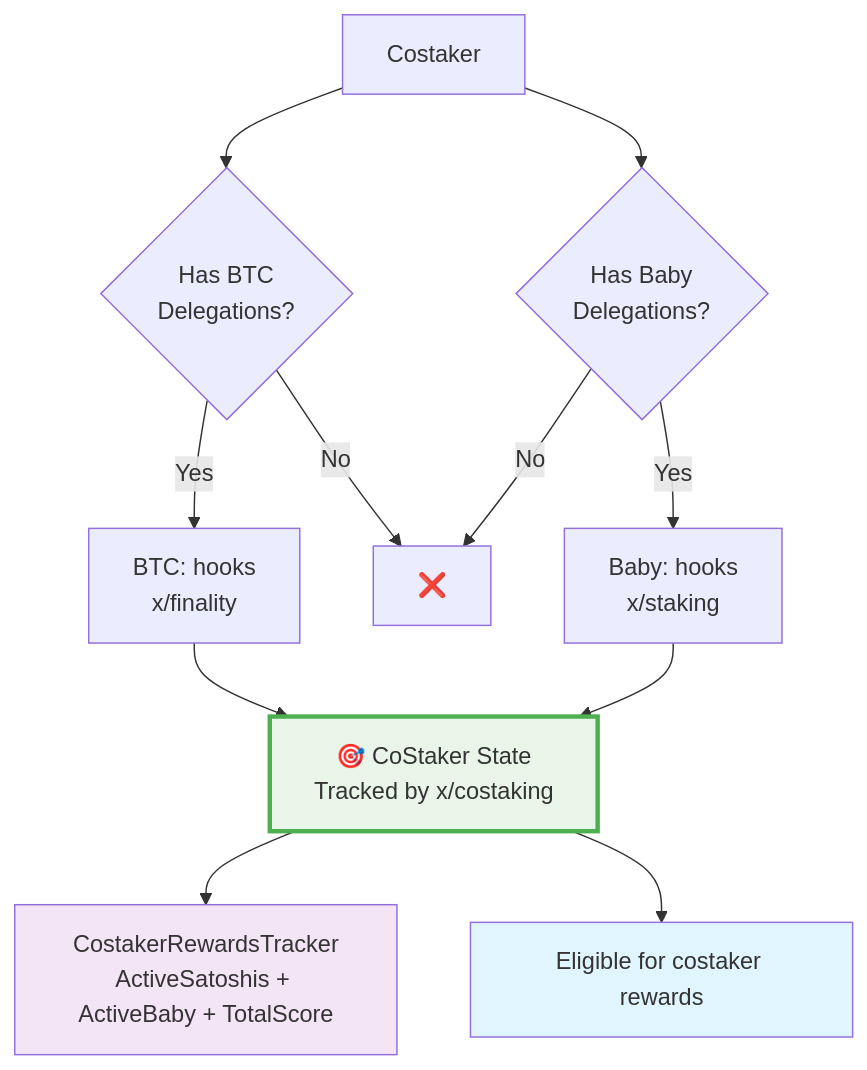
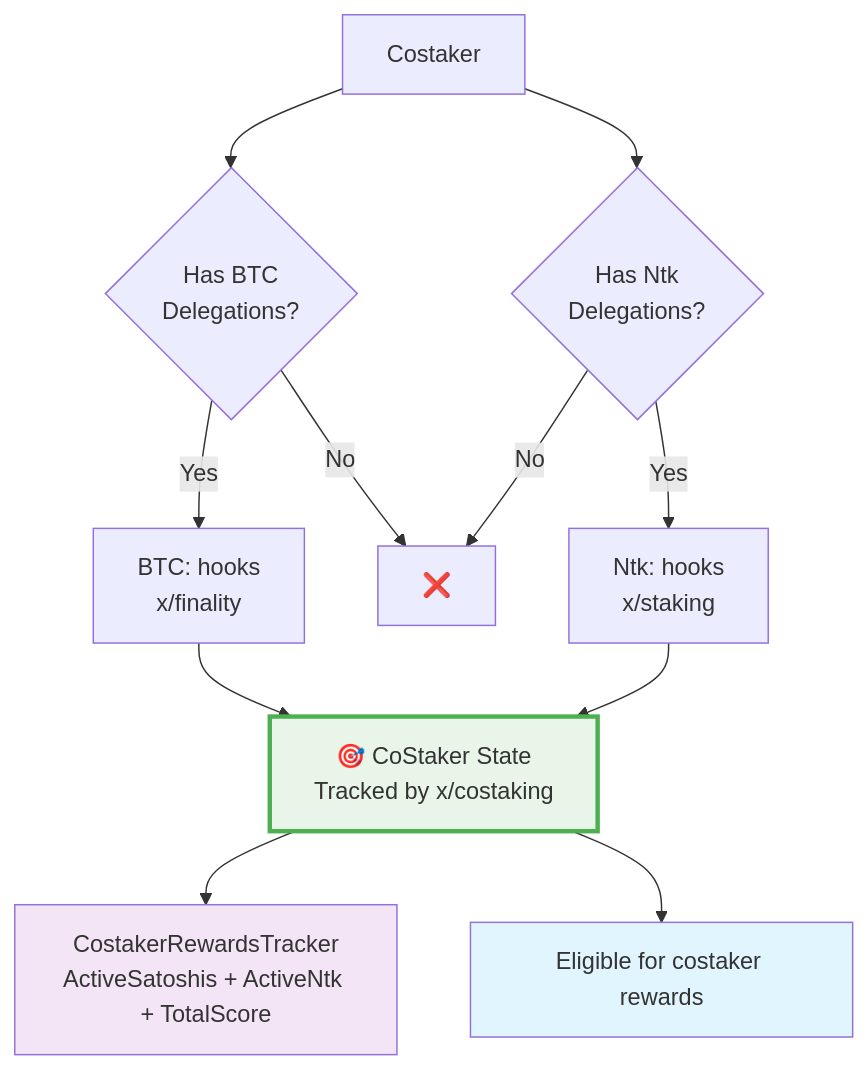
The first of 4 diagrams in anon/x/costaking/README.md (asyncbunny/ccs-2026), drawn with Mermaid before and after one commit. The commit also changed other lines of this file and 133 other files, not shown here.

````diff
--- a/anon/x/costaking/README.md
+++ b/anon/x/costaking/README.md
@@ -57,21 +57,21 @@
 ```mermaid
 graph TD
     A[Costaker] --> B{Has BTC<br>Delegations?}
-    A --> C{Has Baby<br>Delegations?}
+    A --> C{Has Ntk<br>Delegations?}
 
     B -->|Yes| D[BTC: hooks <br>x/finality]
     B -->|No| X[❌]
 
     C -->|No| X[❌]
-    C -->|Yes| F[Baby: hooks <br>x/staking]
+    C -->|Yes| F[Ntk: hooks <br>x/staking]
 
     D --> J[🎯 CoStaker State<br/>Tracked by x/costaking]
     F --> J
 
-    J --> M[CostakerRewardsTracker<br/>ActiveSatoshis + ActiveBaby + TotalScore]
+    J --> M[CostakerRewardsTracker<br/>ActiveSatoshis + ActiveNtk + TotalScore]
     J --> N[Eligible for costaker rewards]
 
     style J fill:#e8f5e8,stroke:#4caf50,stroke-width:3px
     style M fill:#f3e5f5
     style N fill:#e1f5fe
 ```
````
